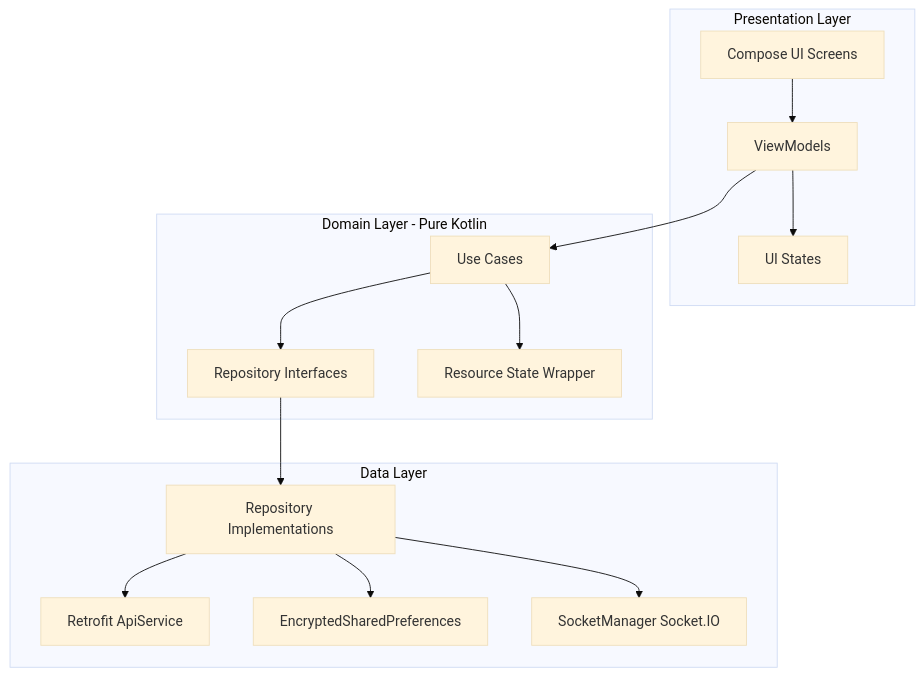
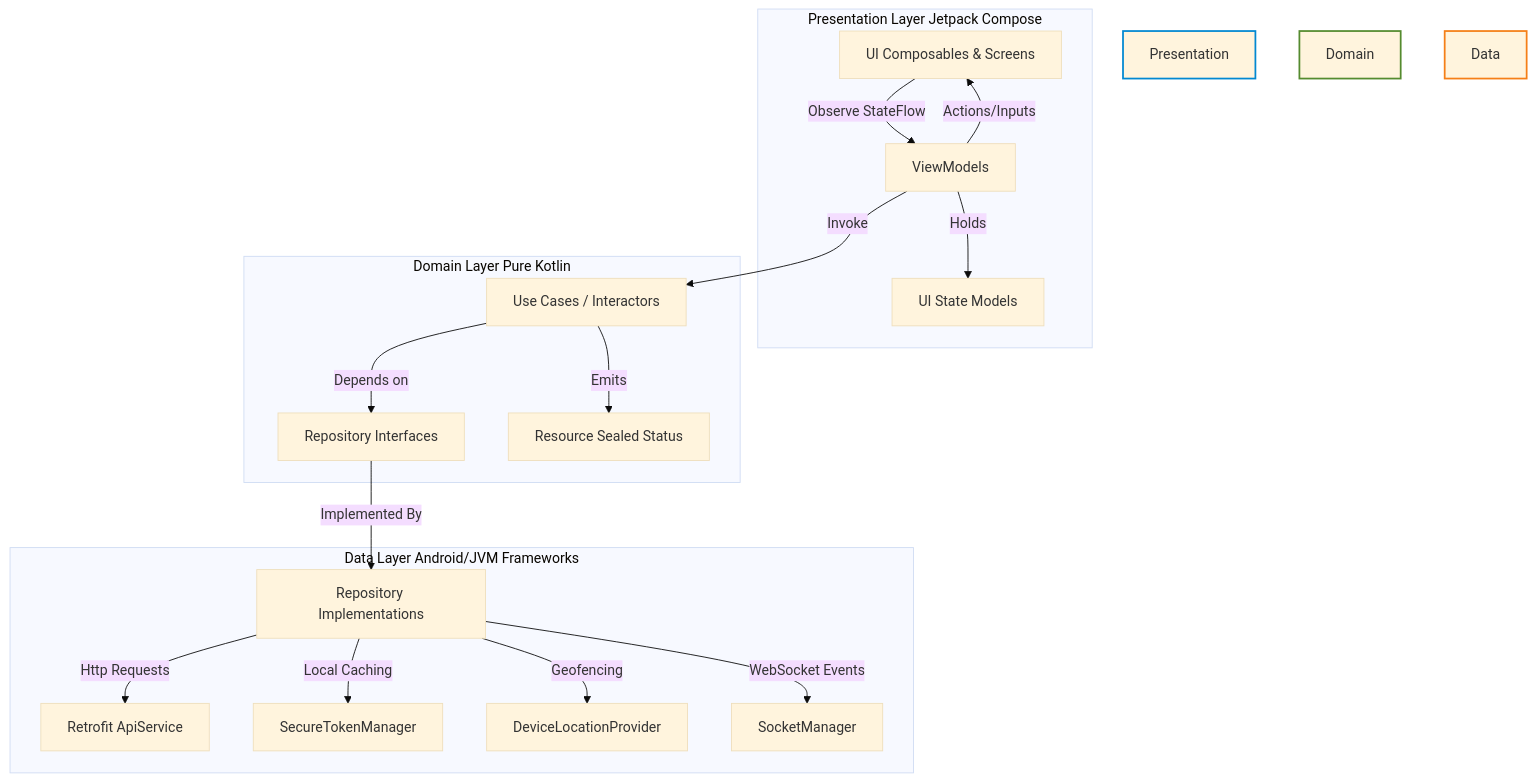
One commit to adiba-anwar01/vendorlink changed the first of 2 diagrams in README.md. Above: the diagram before and after it, drawn with Mermaid (base theme). The commit also changed other lines of this file, not shown here.

Commit message:
docs: improve README with detailed architecture and setup guides

````diff
--- a/README.md
+++ b/README.md
@@ -17,20 +28,26 @@
 ```mermaid
 graph TD
-    subgraph Presentation Layer [Presentation Layer]
-        UI[Compose UI Screens] --> VM[ViewModels]
-        VM --> State[UI States]
+    subgraph Presentation Layer [Presentation Layer Jetpack Compose]
+        UI[UI Composables & Screens] -->|Observe StateFlow| VM[ViewModels]
+        VM -->|Actions/Inputs| UI
+        VM -->|Holds| State[UI State Models]
     end
 
-    subgraph Domain Layer [Domain Layer - Pure Kotlin]
-        VM --> UC[Use Cases]
-        UC --> RepoInterface[Repository Interfaces]
-        UC --> Resource[Resource State Wrapper]
+    subgraph Domain Layer [Domain Layer Pure Kotlin]
+        VM -->|Invoke| UC[Use Cases / Interactors]
+        UC -->|Depends on| RepoContract[Repository Interfaces]
+        UC -->|Emits| Resource[Resource Sealed Status]
     end
 
-    subgraph Data Layer [Data Layer]
-        RepoInterface --> RepoImpl[Repository Implementations]
-        RepoImpl --> API[Retrofit ApiService]
-        RepoImpl --> Local[EncryptedSharedPreferences]
-        RepoImpl --> Socket[SocketManager Socket.IO]
+    subgraph Data Layer [Data Layer Android/JVM Frameworks]
+        RepoContract -->|Implemented By| RepoImpl[Repository Implementations]
+        RepoImpl -->|Http Requests| Retrofit[Retrofit ApiService]
+        RepoImpl -->|Local Caching| TokenManager[SecureTokenManager]
+        RepoImpl -->|Geofencing| LocationProvider[DeviceLocationProvider]
+        RepoImpl -->|WebSocket Events| SocketIO[SocketManager]
     end
+    
+    style Presentation Layer fill:#e1f5fe,stroke:#0288d1,stroke-width:2px;
+    style Domain Layer fill:#f1f8e9,stroke:#558b2f,stroke-width:2px;
+    style Data Layer fill:#fff8e1,stroke:#f57f17,stroke-width:2px;
 ```
````
